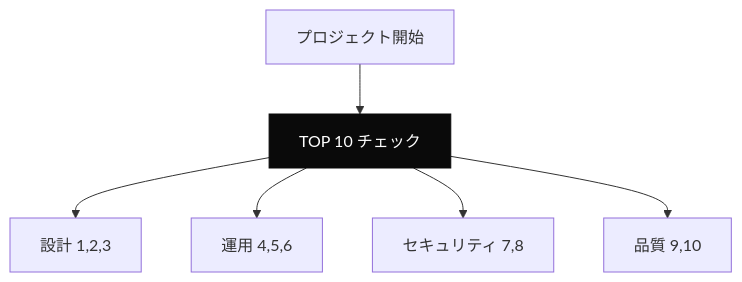
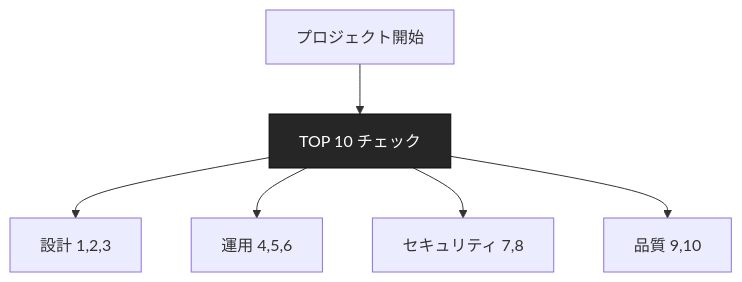
One commit to dinekt/dinekt-wiki changed the second of 2 diagrams in docs/patterns/llm-開発で避けるべき落とし穴-top-10.md. Above: the diagram before and after it, drawn with Mermaid. The commit also changed 71 other files, not shown here.

First line of the commit message:
fix: mermaid readability + remove GitHub repo toolbar

````diff
--- a/docs/patterns/llm-開発で避けるべき落とし穴-top-10.md
+++ b/docs/patterns/llm-開発で避けるべき落とし穴-top-10.md
@@ -124,10 +124,10 @@
 ```mermaid
 flowchart TD
     L[プロジェクト開始] --> CK[TOP 10 チェック]
     CK --> D[設計 1,2,3]
     CK --> O[運用 4,5,6]
     CK --> S[セキュリティ 7,8]
     CK --> Q[品質 9,10]
 
-    style CK fill:#0a0a0a,color:#fff,stroke:#0a0a0a
+    style CK fill:#262626,color:#fff,stroke:#0a0a0a
 ```
````
